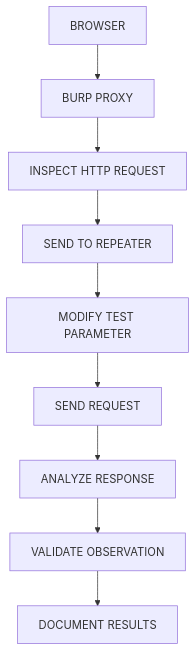
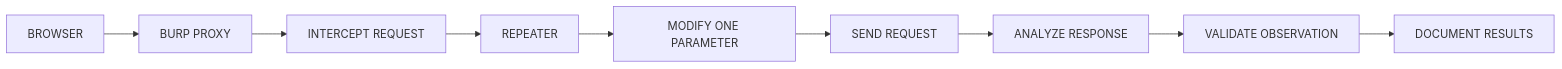
Before and after one commit to GhostMaskR/Web-Application-Basics: the fourth of 5 diagrams in README.md, drawn with Mermaid. The commit also changed other lines of this file, not shown here.

````diff
--- a/README.md
+++ b/README.md
@@ -445,11 +446,11 @@
 ```mermaid
-flowchart TD
-    A["BROWSER"] --> B["BURP PROXY"]
-    B --> C["INSPECT HTTP REQUEST"]
-    C --> D["SEND TO REPEATER"]
-    D --> E["MODIFY TEST PARAMETER"]
-    E --> F["SEND REQUEST"]
-    F --> G["ANALYZE RESPONSE"]
-    G --> H["VALIDATE OBSERVATION"]
-    H --> I["DOCUMENT RESULTS"]
+flowchart LR
+A["BROWSER"] --> B["BURP PROXY"]
+B --> C["INTERCEPT REQUEST"]
+C --> D["REPEATER"]
+D --> E["MODIFY ONE PARAMETER"]
+E --> F["SEND REQUEST"]
+F --> G["ANALYZE RESPONSE"]
+G --> H["VALIDATE OBSERVATION"]
+H --> I["DOCUMENT RESULTS"]
 ```
````
